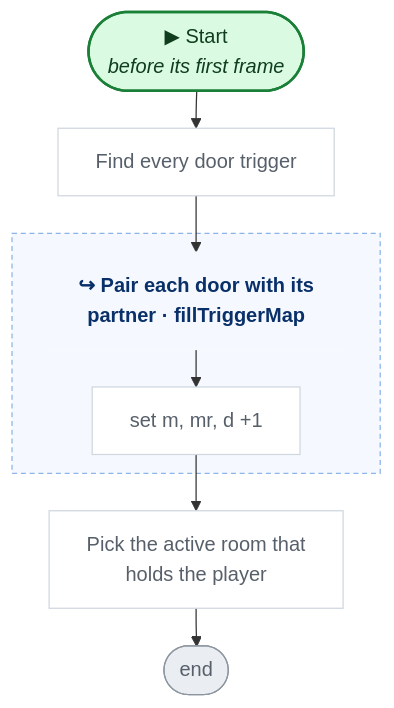
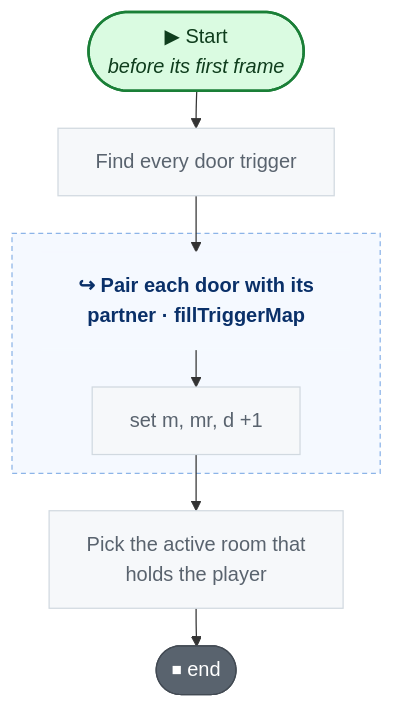
The second of 5 diagrams in CodeGraph~/graph/Map/DungeonMap.cs.md (nataiai/Lord-of-the-Dungeon), drawn with Mermaid before and after one commit. The commit also changed other lines of this file and 57 other files, not shown here.

````diff
--- a/CodeGraph~/graph/Map/DungeonMap.cs.md
+++ b/CodeGraph~/graph/Map/DungeonMap.cs.md
@@ -58,44 +60,44 @@
 ```mermaid
 ---
 config:
   flowchart:
     wrappingWidth: 260
     nodeSpacing: 26
     rankSpacing: 30
 ---
 flowchart TD
   nS(["▶ Start<br><i>before its first frame</i>"])
   ne49582["Find every door trigger"]
   n5e4bd1_h["↪ Pair each door with its<br>partner · fillTriggerMap"]
   n5e4bd1_na5cb37["set m, mr, d +1"]
   nf6acd2["Pick the active room that<br>holds the player"]
-  nE(["end"])
+  nE(["⏹ end"])
   subgraph n5e4bd1_g[" "]
     n5e4bd1_h
     n5e4bd1_na5cb37
   end
   style n5e4bd1_g fill:#f5f9ff,stroke:#8cb4e8,stroke-dasharray:4 3,color:#0a3069
   nS --> ne49582
   ne49582 --> n5e4bd1_h
   nf6acd2 --> nE
   n5e4bd1_h --> n5e4bd1_na5cb37
   n5e4bd1_na5cb37 --> nf6acd2
   classDef unity fill:#dafbe1,stroke:#1a7f37,stroke-width:2px,color:#0f3d1d
   classDef start fill:#dafbe1,stroke:#1a7f37,stroke-width:2px,color:#0f3d1d
-  classDef calc fill:#ffffff,stroke:#d0d7de,color:#57606a
+  classDef calc fill:#f6f8fa,stroke:#d1d9e0,color:#59636e
   classDef calls fill:#ddf4ff,stroke:#0969da,stroke-width:2px,color:#0a3069
-  classDef ext fill:#ddf4ff,stroke:#0969da,stroke-width:2px,stroke-dasharray:5 3,color:#0a3069
-  classDef cond fill:#fff8c5,stroke:#bf8700,stroke-width:1.5px,color:#3d2a00
-  classDef loop fill:#f6f8fa,stroke:#57606a,color:#1f2328
-  classDef exit fill:#ffebe9,stroke:#cf222e,color:#82071e
+  classDef ext fill:#f6f8fa,stroke:#59636e,stroke-width:1.5px,stroke-dasharray:5 5,color:#1f2328
+  classDef cond fill:#fff8c5,stroke:#9a6700,stroke-width:1.5px,color:#3d2a00
+  classDef loop fill:#fff8c5,stroke:#9a6700,color:#3d2a00
+  classDef wait fill:#fff8c5,stroke:#9a6700,color:#3d2a00
+  classDef exit fill:#59636e,stroke:#424a53,color:#ffffff
+  classDef fin fill:#59636e,stroke:#424a53,color:#ffffff
+  classDef act fill:#ffffff,stroke:#59636e,stroke-width:1.5px,color:#1f2328
   classDef kill fill:#ffebe9,stroke:#cf222e,stroke-width:2px,color:#82071e
-  classDef spawn fill:#dafbe1,stroke:#1a7f37,stroke-width:2px,color:#0f3d1d
-  classDef wait fill:#fff1e5,stroke:#bc4c00,color:#4d1d00
-  classDef fin fill:#eaeef2,stroke:#8c959f,color:#57606a
   classDef join fill:#d0d7de,stroke:#8c959f,color:#57606a
   classDef ghdr fill:#f5f9ff,stroke:#f5f9ff,color:#0a3069,font-weight:bold
   class ne49582,n5e4bd1_na5cb37,nf6acd2 calc
   class nE fin
   class n5e4bd1_h ghdr
   class nS unity
 ```
````
